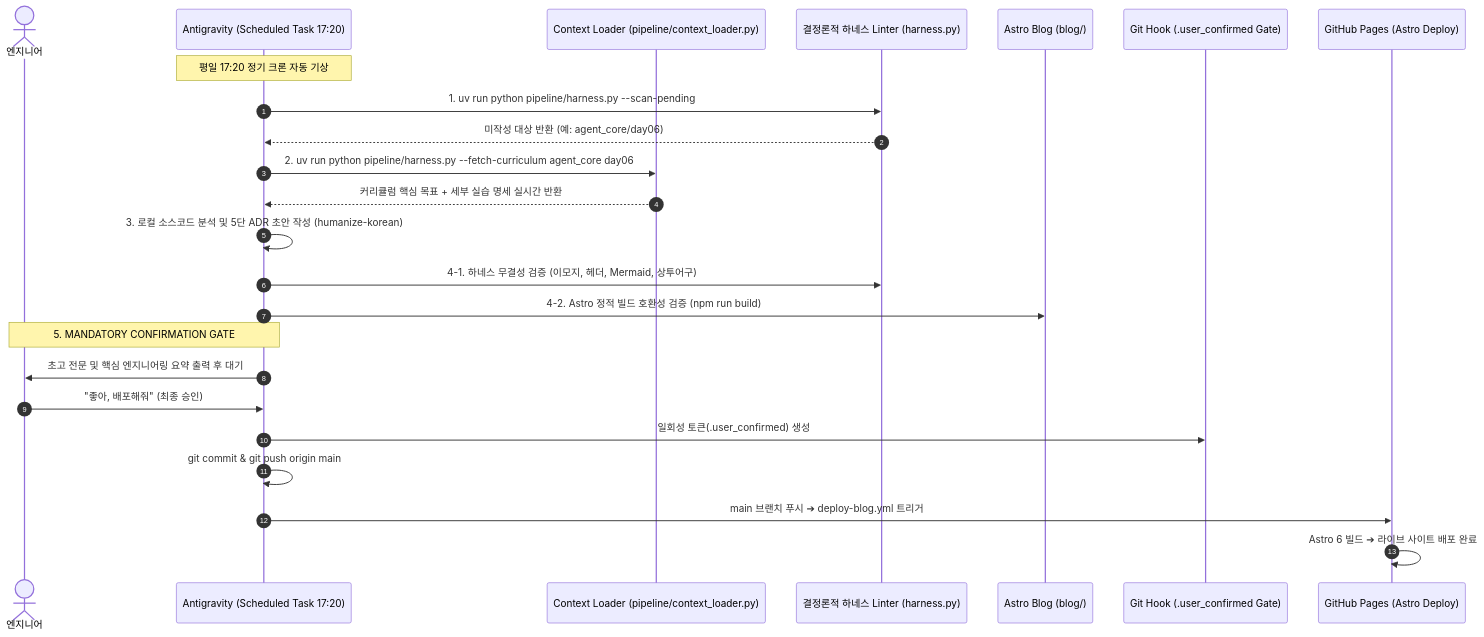
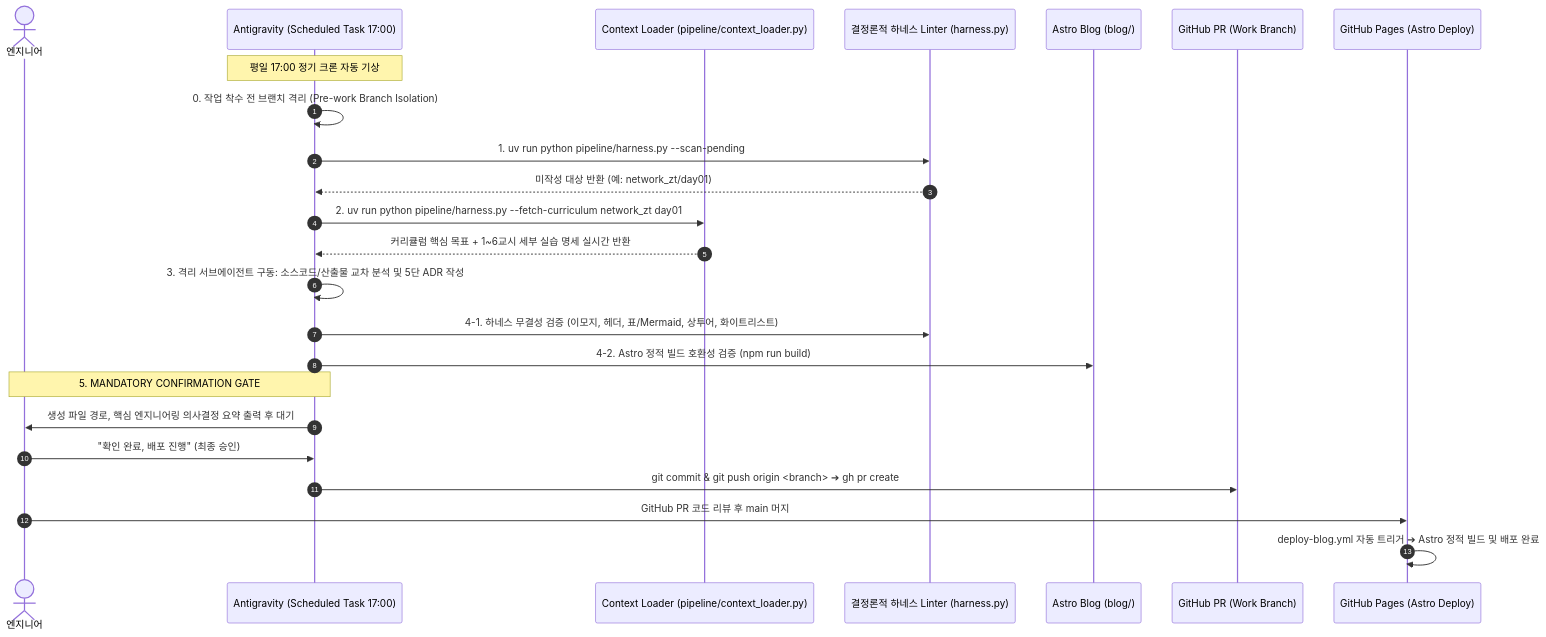
Before and after one commit to mmmphyun/security-agent-toolkit: the diagram in README.md, drawn with Mermaid. The commit also changed other lines of this file and 2 other files, not shown here.

````diff
--- a/README.md
+++ b/README.md
@@ -58,33 +63,33 @@
 ```mermaid
 sequenceDiagram
     autonumber
     actor Dev as 엔지니어
-    participant AGY as Antigravity (Scheduled Task 17:20)
+    participant AGY as Antigravity (Scheduled Task 17:00)
     participant Context as Context Loader (pipeline/context_loader.py)
     participant Harness as 결정론적 하네스 Linter (harness.py)
     participant Astro as Astro Blog (blog/)
-    participant Hook as Git Hook (.user_confirmed Gate)
+    participant PR as GitHub PR (Work Branch)
     participant GH as GitHub Pages (Astro Deploy)
 
-    Note over AGY: 평일 17:20 정기 크론 자동 기상
+    Note over AGY: 평일 17:00 정기 크론 자동 기상
+    AGY->>AGY: 0. 작업 착수 전 브랜치 격리 (Pre-work Branch Isolation)
     AGY->>Harness: 1. uv run python pipeline/harness.py --scan-pending
-    Harness-->>AGY: 미작성 대상 반환 (예: agent_core/day06)
+    Harness-->>AGY: 미작성 대상 반환 (예: network_zt/day01)
     
-    AGY->>Context: 2. uv run python pipeline/harness.py --fetch-curriculum agent_core day06
-    Context-->>AGY: 커리큘럼 핵심 목표 + 세부 실습 명세 실시간 반환
+    AGY->>Context: 2. uv run python pipeline/harness.py --fetch-curriculum network_zt day01
+    Context-->>AGY: 커리큘럼 핵심 목표 + 1~6교시 세부 실습 명세 실시간 반환
     
-    AGY->>AGY: 3. 로컬 소스코드 분석 및 5단 ADR 초안 작성 (humanize-korean)
+    AGY->>AGY: 3. 격리 서브에이전트 구동: 소스코드/산출물 교차 분석 및 5단 ADR 작성
     
-    AGY->>Harness: 4-1. 하네스 무결성 검증 (이모지, 헤더, Mermaid, 상투어구)
+    AGY->>Harness: 4-1. 하네스 무결성 검증 (이모지, 헤더, 표/Mermaid, 상투어, 화이트리스트)
     AGY->>Astro: 4-2. Astro 정적 빌드 호환성 검증 (npm run build)
     
     Note over AGY,Dev: 5. MANDATORY CONFIRMATION GATE
-    AGY->>Dev: 초고 전문 및 핵심 엔지니어링 요약 출력 후 대기
+    AGY->>Dev: 생성 파일 경로, 핵심 엔지니어링 의사결정 요약 출력 후 대기
     
-    Dev->>AGY: "좋아, 배포해줘" (최종 승인)
-    AGY->>Hook: 일회성 토큰(.user_confirmed) 생성
-    AGY->>AGY: git commit & git push origin main
+    Dev->>AGY: "확인 완료, 배포 진행" (최종 승인)
+    AGY->>PR: git commit & git push origin <branch> ➔ gh pr create
     
-    AGY->>GH: main 브랜치 푸시 ➔ deploy-blog.yml 트리거
-    GH->>GH: Astro 6 빌드 ➔ 라이브 사이트 배포 완료
+    Dev->>GH: GitHub PR 코드 리뷰 후 main 머지
+    GH->>GH: deploy-blog.yml 자동 트리거 ➔ Astro 정적 빌드 및 배포 완료
 ```
````
